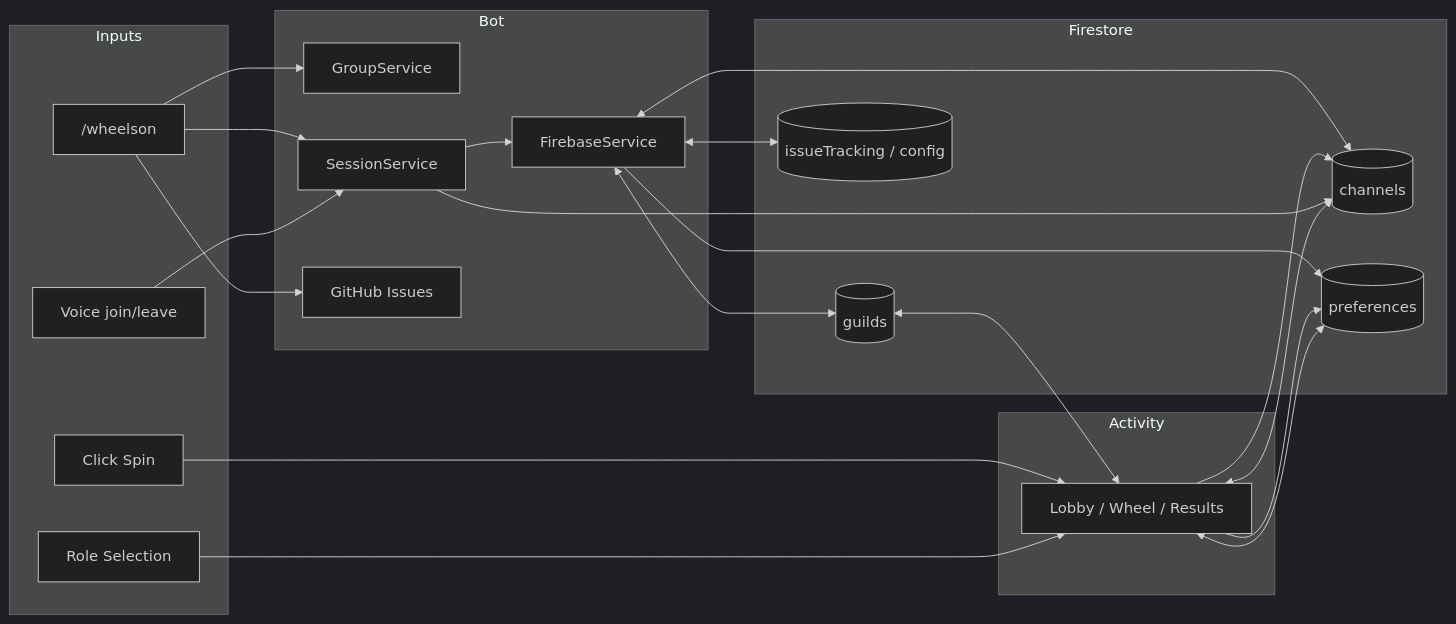
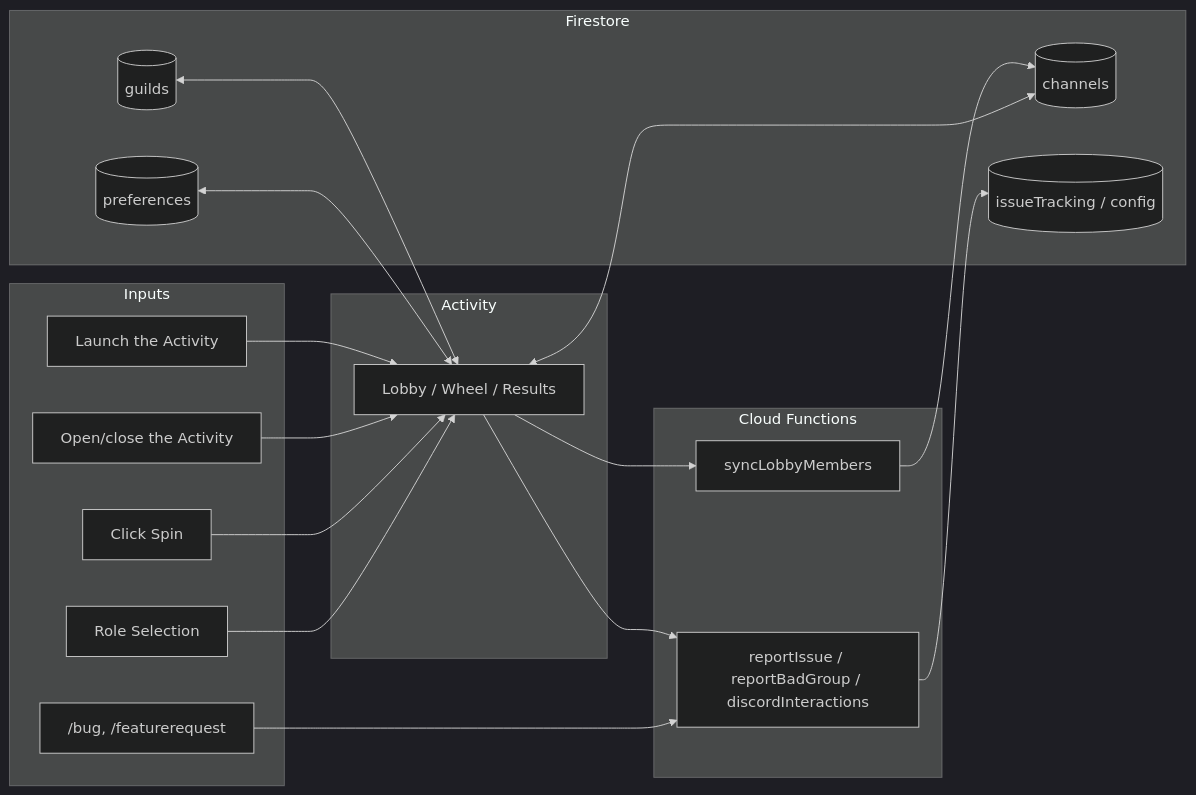
Before and after one commit to TytaniumDev/MythicPlusDiscordBot: the fifth of 5 diagrams in ARCHITECTURE.md, drawn with Mermaid (dark theme). The commit also changed other lines of this file and 82 other files, not shown here.

````diff
--- a/ARCHITECTURE.md
+++ b/ARCHITECTURE.md
@@ -326,45 +298,39 @@
 ```mermaid
 flowchart LR
     subgraph Inputs
-        Cmd["/wheelson"]
-        Voice["Voice join/leave"]
+        Launch["Launch the Activity"]
+        Open["Open/close the Activity"]
         Click["Click Spin"]
         Role["Role Selection"]
+        Cmd["/bug, /featurerequest"]
     end
 
-    subgraph Bot
-        GS[GroupService]
-        SS[SessionService]
-        FS[FirebaseService]
-        Issues[GitHub Issues]
+    subgraph Functions["Cloud Functions"]
+        Sync[syncLobbyMembers]
+        Reports[reportIssue / reportBadGroup / discordInteractions]
     end
 
     subgraph Firestore
         G[(guilds)]
         C[(channels)]
         P[(preferences)]
         Side[(issueTracking / config)]
     end
 
     subgraph Activity
         UI[Lobby / Wheel / Results]
     end
 
-    Cmd --> GS
-    Cmd --> SS
-    Voice --> SS
-    SS --> FS
-    FS <--> G
-    FS <--> C
-    FS --> P
-    FS <--> Side
+    Launch --> UI
+    Open --> UI
+    UI --> Sync
+    Sync --> C
     G <--> UI
     C <--> UI
     P <--> UI
     Click --> UI
-    UI --> C
-    SS --> C
     Role --> UI
-    UI --> P
-    Cmd --> Issues
+    UI --> Reports
+    Cmd --> Reports
+    Reports --> Side
 ```
````
